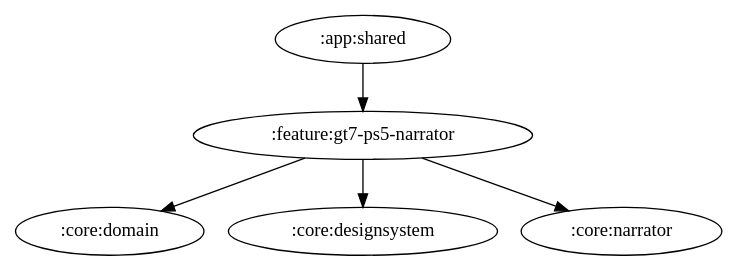
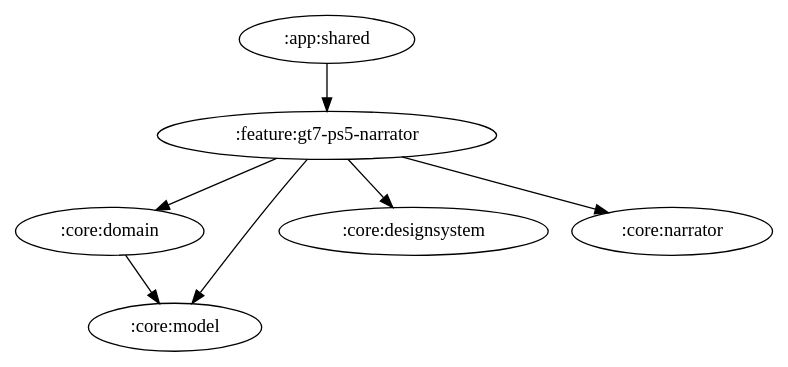
One commit to ai-kurou/KoDriver changed the diagram in docs/graphs/feature-gt7-ps5-narrator.gv. Above: the diagram before and after it, drawn with Graphviz. The commit also changed 63 other files, not shown here.

Commit message:
chore: update module graph images

```diff
--- a/docs/graphs/feature-gt7-ps5-narrator.gv
+++ b/docs/graphs/feature-gt7-ps5-narrator.gv
@@ -1,7 +1,9 @@
 digraph G {
   rankdir=TB
   ":app:shared" -> ":feature:gt7-ps5-narrator"
+  ":core:domain" -> ":core:model"
   ":feature:gt7-ps5-narrator" -> ":core:domain"
+  ":feature:gt7-ps5-narrator" -> ":core:model"
   ":feature:gt7-ps5-narrator" -> ":core:designsystem"
   ":feature:gt7-ps5-narrator" -> ":core:narrator"
 }
```
